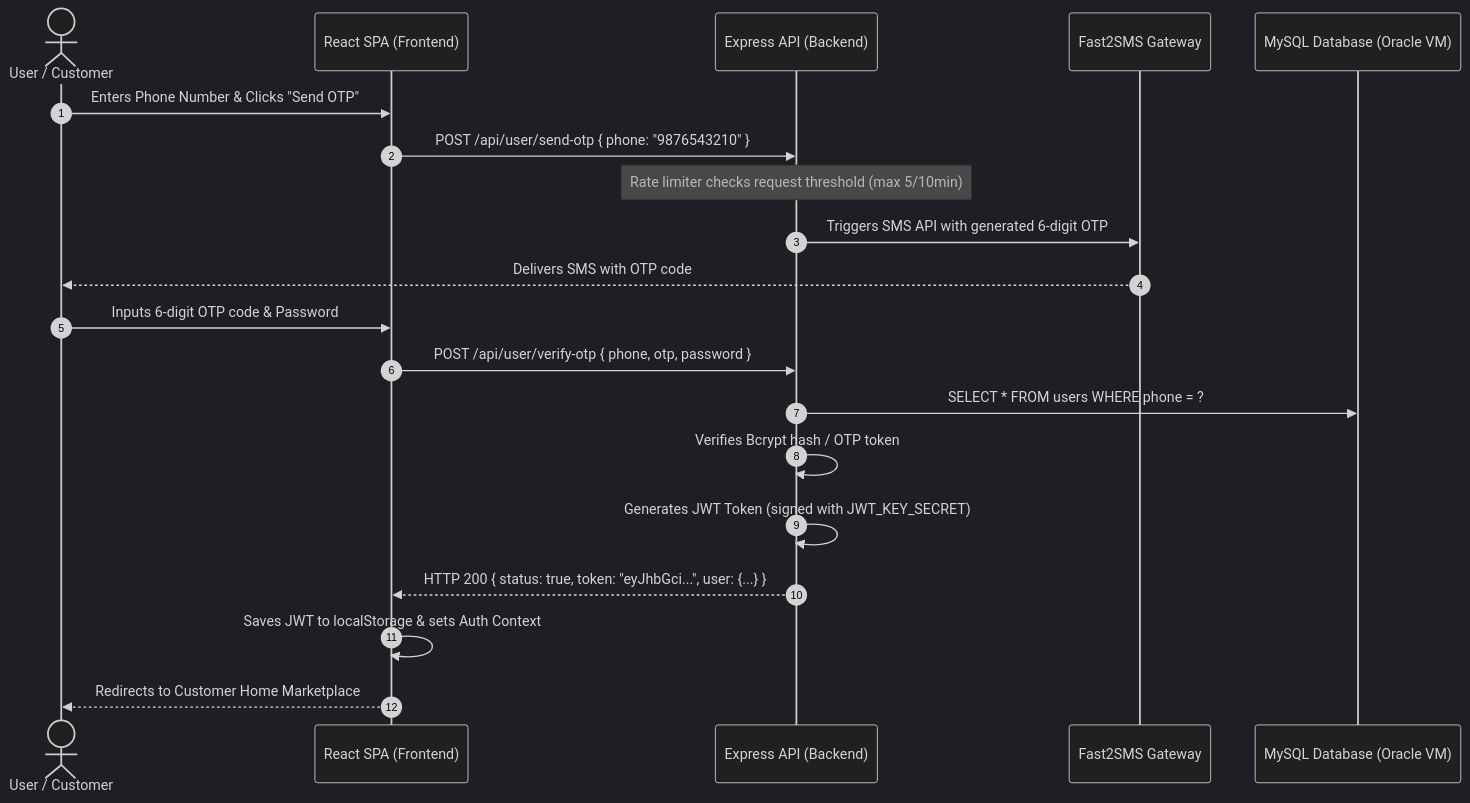
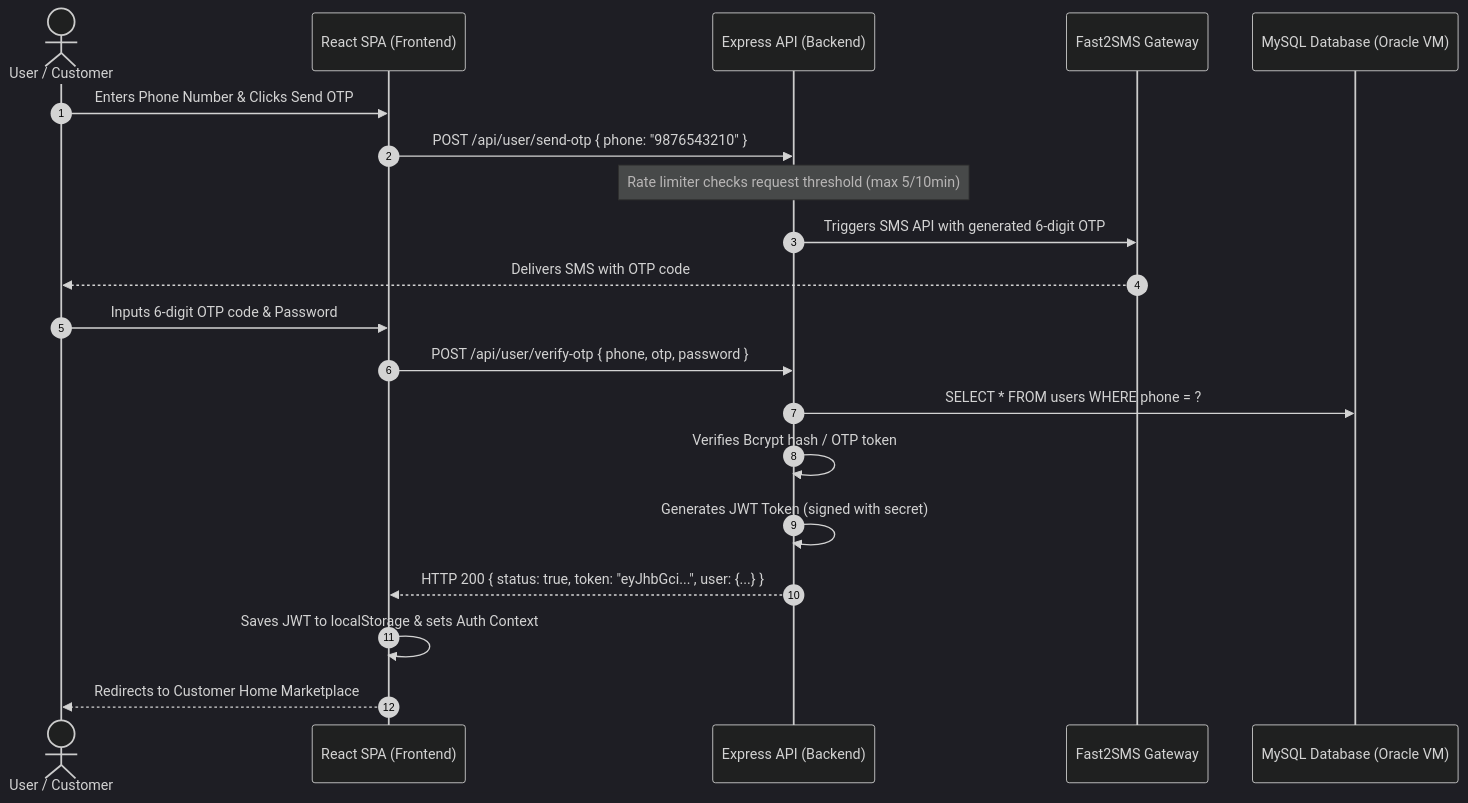
One commit to insostechnologies/AdilabadFrontEnd changed the first of 4 diagrams in docs/END_TO_END_FLOW.md. Above: the diagram before and after it, drawn with Mermaid (dark theme). The commit also changed other lines of this file, not shown here.

Commit message:
fix(docs): resolve Mermaid syntax error by replacing semicolons in diagram text

````diff
--- a/docs/END_TO_END_FLOW.md
+++ b/docs/END_TO_END_FLOW.md
@@ -10,23 +10,23 @@
 ```mermaid
 sequenceDiagram
     autonumber
     actor Customer as User / Customer
     participant React as React SPA (Frontend)
     participant Express as Express API (Backend)
     participant SMS as Fast2SMS Gateway
     participant MySQL as MySQL Database (Oracle VM)
 
-    Customer->>React: Enters Phone Number & Clicks "Send OTP"
+    Customer->>React: Enters Phone Number & Clicks Send OTP
     React->>Express: POST /api/user/send-otp { phone: "9876543210" }
     Note over Express: Rate limiter checks request threshold (max 5/10min)
     Express->>SMS: Triggers SMS API with generated 6-digit OTP
     SMS-->>Customer: Delivers SMS with OTP code
     Customer->>React: Inputs 6-digit OTP code & Password
     React->>Express: POST /api/user/verify-otp { phone, otp, password }
     Express->>MySQL: SELECT * FROM users WHERE phone = ?
     Express->>Express: Verifies Bcrypt hash / OTP token
-    Express->>Express: Generates JWT Token (signed with JWT_KEY_SECRET)
+    Express->>Express: Generates JWT Token (signed with secret)
     Express-->>React: HTTP 200 { status: true, token: "eyJhbGci...", user: {...} }
     React->>React: Saves JWT to localStorage & sets Auth Context
     React-->>Customer: Redirects to Customer Home Marketplace
 ```
````
